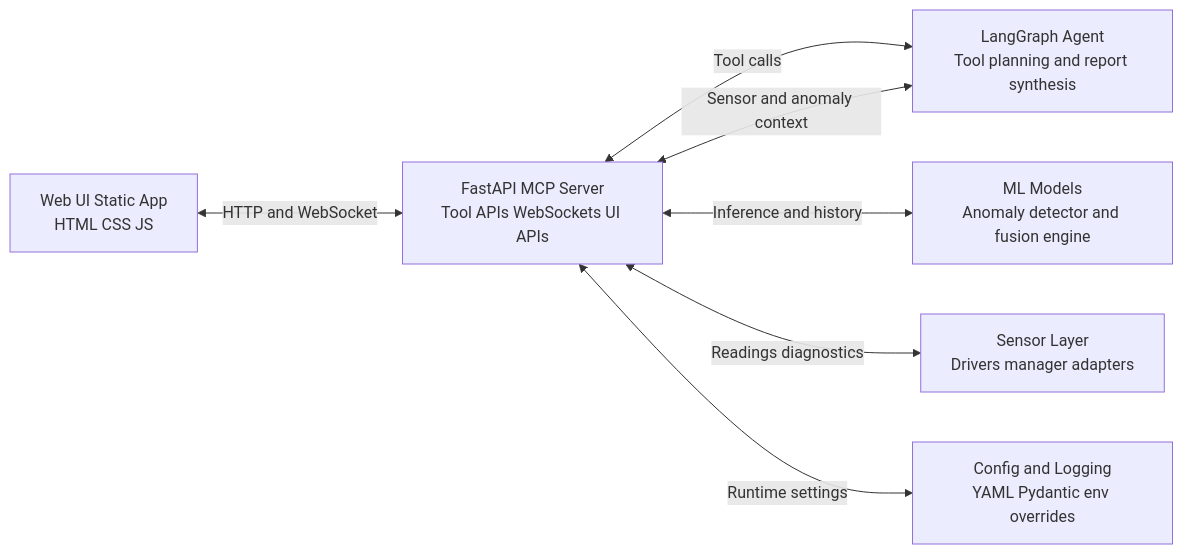
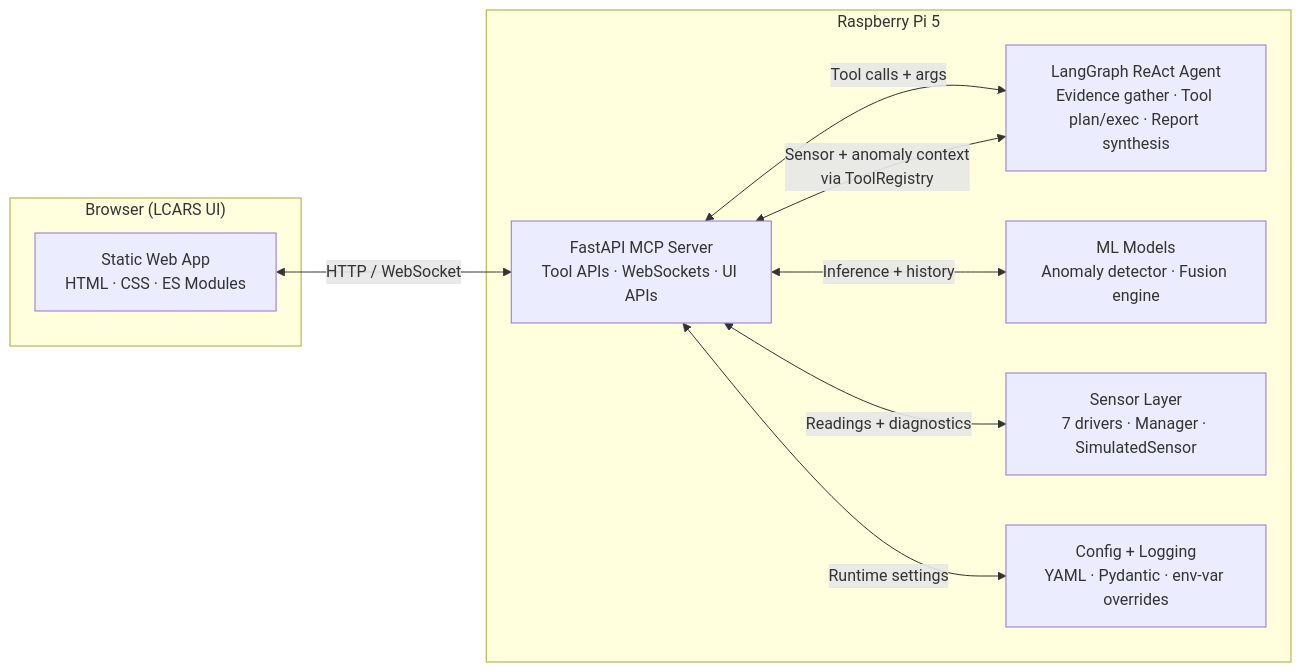
One commit to ianshank/Raspberry-Pi-Tricorder- changed the second of 4 diagrams in docs/architecture/c4-architecture.md. Above: the diagram before and after it, drawn with Mermaid. The commit also changed other lines of this file and 15 other files, not shown here.

````diff
--- a/docs/architecture/c4-architecture.md
+++ b/docs/architecture/c4-architecture.md
@@ -29,16 +35,21 @@
 ```mermaid
 graph LR
-    UI[Web UI Static App\nHTML CSS JS]
-    MCP[FastAPI MCP Server\nTool APIs WebSockets UI APIs]
-    Agent[LangGraph Agent\nTool planning and report synthesis]
-    Models[ML Models\nAnomaly detector and fusion engine]
-    Sensors[Sensor Layer\nDrivers manager adapters]
-    Config[Config and Logging\nYAML Pydantic env overrides]
+    subgraph Browser["Browser (LCARS UI)"]
+        UI["Static Web App\nHTML · CSS · ES Modules"]
+    end
 
-    UI <-->|HTTP and WebSocket| MCP
-    MCP <-->|Tool calls| Agent
-    MCP <-->|Inference and history| Models
-    MCP <-->|Readings diagnostics| Sensors
-    MCP <-->|Runtime settings| Config
-    Agent <-->|Sensor and anomaly context| MCP
+    subgraph Pi["Raspberry Pi 5"]
+        MCP["FastAPI MCP Server\nTool APIs · WebSockets · UI APIs"]
+        Agent["LangGraph ReAct Agent\nEvidence gather · Tool plan/exec · Report synthesis"]
+        Models["ML Models\nAnomaly detector · Fusion engine"]
+        Sensors["Sensor Layer\n7 drivers · Manager · SimulatedSensor"]
+        Config["Config + Logging\nYAML · Pydantic · env-var overrides"]
+    end
+
+    UI <-->|"HTTP / WebSocket"| MCP
+    MCP <-->|"Tool calls + args"| Agent
+    MCP <-->|"Inference + history"| Models
+    MCP <-->|"Readings + diagnostics"| Sensors
+    MCP <-->|"Runtime settings"| Config
+    Agent <-->|"Sensor + anomaly context\nvia ToolRegistry"| MCP
 ```
````
